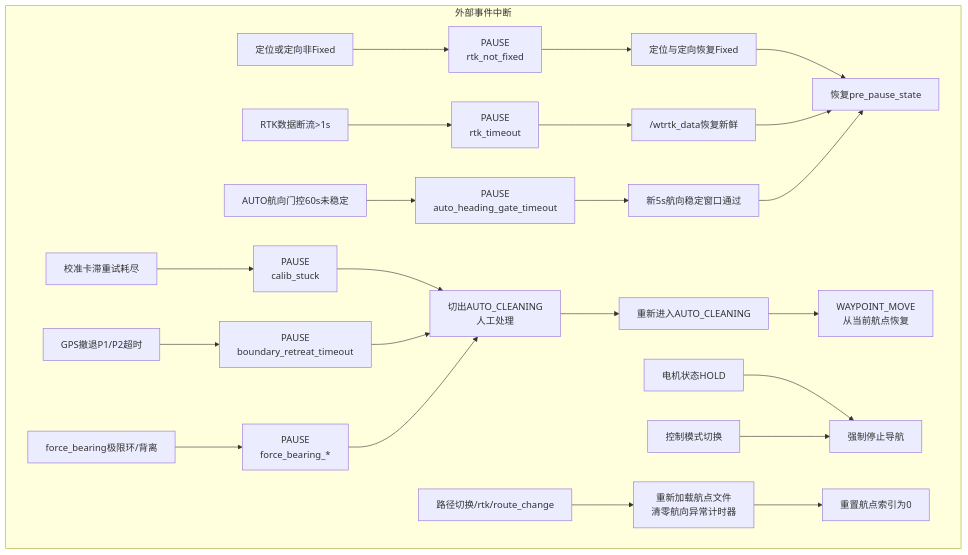
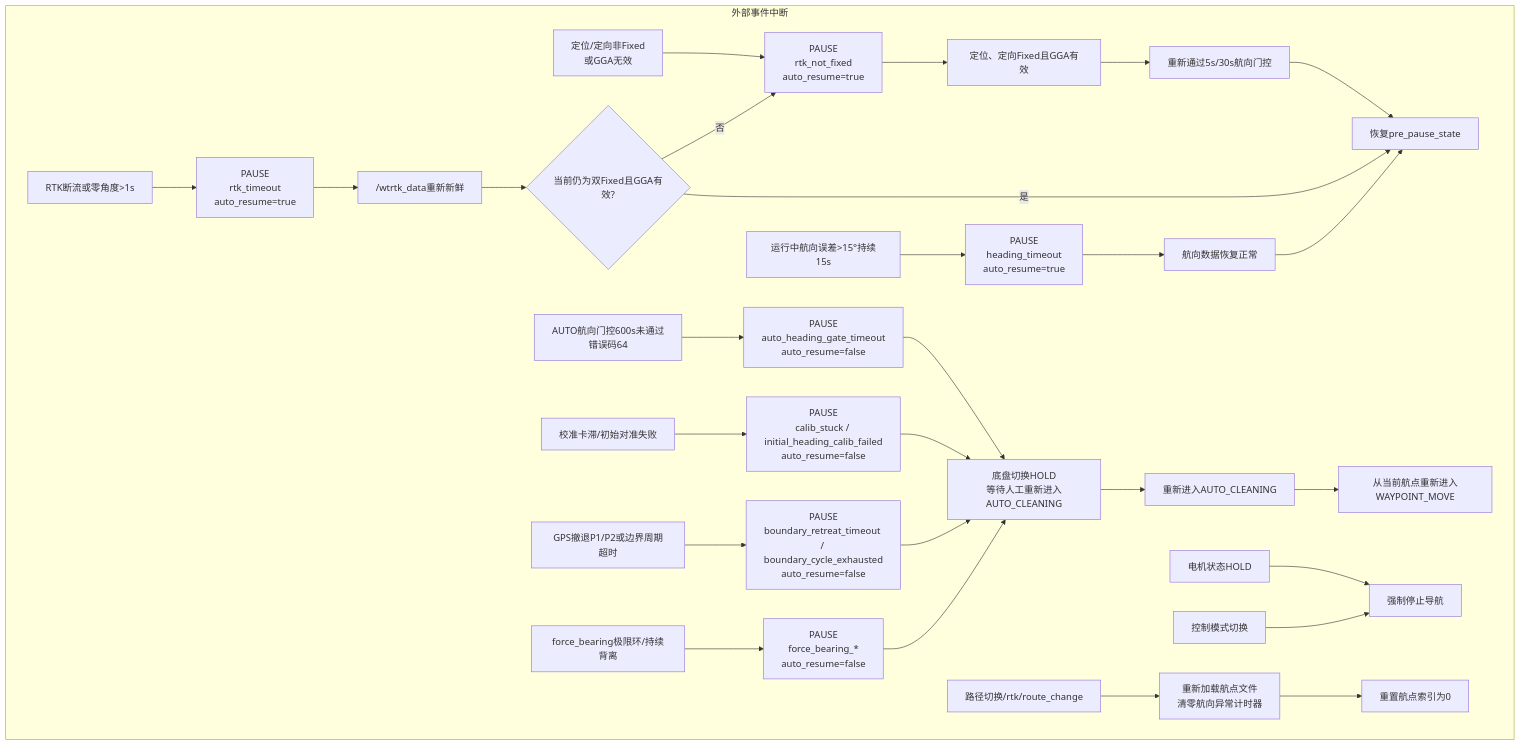
The fourth of 10 diagrams in README.md (J123123-oss/robot_cleaning), drawn with Mermaid before and after one commit. The commit also changed other lines of this file and 33 other files, not shown here.

````diff
--- a/README.md
+++ b/README.md
@@ -133,23 +214,27 @@
 ```mermaid
 graph TD
     subgraph 外部事件中断
-        GPS_NONFIX["定位或定向非Fixed"] --> PAUSE_AUTO["PAUSE<br/>rtk_not_fixed"]
-        RTK_TIMEOUT["RTK数据断流>1s"] --> PAUSE_AUTO2["PAUSE<br/>rtk_timeout"]
-        HDG_GATE_TIMEOUT["AUTO航向门控60s未稳定"] --> PAUSE_AUTO3["PAUSE<br/>auto_heading_gate_timeout"]
-        PAUSE_AUTO --> GPS_FIX["定位与定向恢复Fixed"] --> RESUME["恢复pre_pause_state"]
-        PAUSE_AUTO2 --> RTK_FRESH["/wtrtk_data恢复新鲜"] --> RESUME
-        PAUSE_AUTO3 --> HDG_STABLE["新5s航向稳定窗口通过"] --> RESUME
+        GPS_NONFIX["定位/定向非Fixed<br/>或GGA无效"] --> PAUSE_AUTO["PAUSE<br/>rtk_not_fixed<br/>auto_resume=true"]
+        RTK_TIMEOUT["RTK断流或零角度>1s"] --> PAUSE_AUTO2["PAUSE<br/>rtk_timeout<br/>auto_resume=true"]
+        HDG_TIMEOUT["运行中航向误差>15°持续15s"] --> PAUSE_AUTO3["PAUSE<br/>heading_timeout<br/>auto_resume=true"]
+        PAUSE_AUTO --> GPS_FIX["定位、定向Fixed且GGA有效"] --> GATE["重新通过5s/30s航向门控"] --> RESUME["恢复pre_pause_state"]
+        PAUSE_AUTO2 --> RTK_FRESH["/wtrtk_data重新新鲜"] --> RTK_QUALITY{"当前仍为双Fixed且GGA有效?"}
+        RTK_QUALITY -- 是 --> RESUME
+        RTK_QUALITY -- 否 --> PAUSE_AUTO
+        PAUSE_AUTO3 --> HDG_NORMAL["航向数据恢复正常"] --> RESUME
 
-        CALIB_STUCK["校准卡滞重试耗尽"] --> PAUSE_MANUAL["PAUSE<br/>calib_stuck"]
-        RETREAT_TIMEOUT["GPS撤退P1/P2超时"] --> PAUSE_MANUAL2["PAUSE<br/>boundary_retreat_timeout"]
-        FORCE_LIMIT["force_bearing极限环/背离"] --> PAUSE_MANUAL3["PAUSE<br/>force_bearing_* "]
-        PAUSE_MANUAL --> TAKEOVER["切出AUTO_CLEANING<br/>人工处理"]
+        HDG_GATE_TIMEOUT["AUTO航向门控600s未通过<br/>错误码64"] --> PAUSE_GATE["PAUSE<br/>auto_heading_gate_timeout<br/>auto_resume=false"]
+        CALIB_STUCK["校准卡滞/初始对准失败"] --> PAUSE_MANUAL["PAUSE<br/>calib_stuck / initial_heading_calib_failed<br/>auto_resume=false"]
+        RETREAT_TIMEOUT["GPS撤退P1/P2或边界周期超时"] --> PAUSE_MANUAL2["PAUSE<br/>boundary_retreat_timeout / boundary_cycle_exhausted<br/>auto_resume=false"]
+        FORCE_LIMIT["force_bearing极限环/持续背离"] --> PAUSE_MANUAL3["PAUSE<br/>force_bearing_*<br/>auto_resume=false"]
+        PAUSE_GATE --> TAKEOVER["底盘切换HOLD<br/>等待人工重新进入AUTO_CLEANING"]
+        PAUSE_MANUAL --> TAKEOVER
         PAUSE_MANUAL2 --> TAKEOVER
         PAUSE_MANUAL3 --> TAKEOVER
-        TAKEOVER --> REENTER_AUTO["重新进入AUTO_CLEANING"] --> RESUME_WP["WAYPOINT_MOVE<br/>从当前航点恢复"]
+        TAKEOVER --> REENTER_AUTO["重新进入AUTO_CLEANING"] --> RESUME_WP["从当前航点重新进入WAYPOINT_MOVE"]
         HOLD["电机状态HOLD"] --> STOP_NAV["强制停止导航"]
         MODE_SWITCH["控制模式切换"] --> STOP_NAV
         ROUTE_CHANGE["路径切换/rtk/route_change"] --> RELOAD["重新加载航点文件<br/>清零航向异常计时器"]
         RELOAD --> RESET_IDX["重置航点索引为0"]
     end
 ```
````
